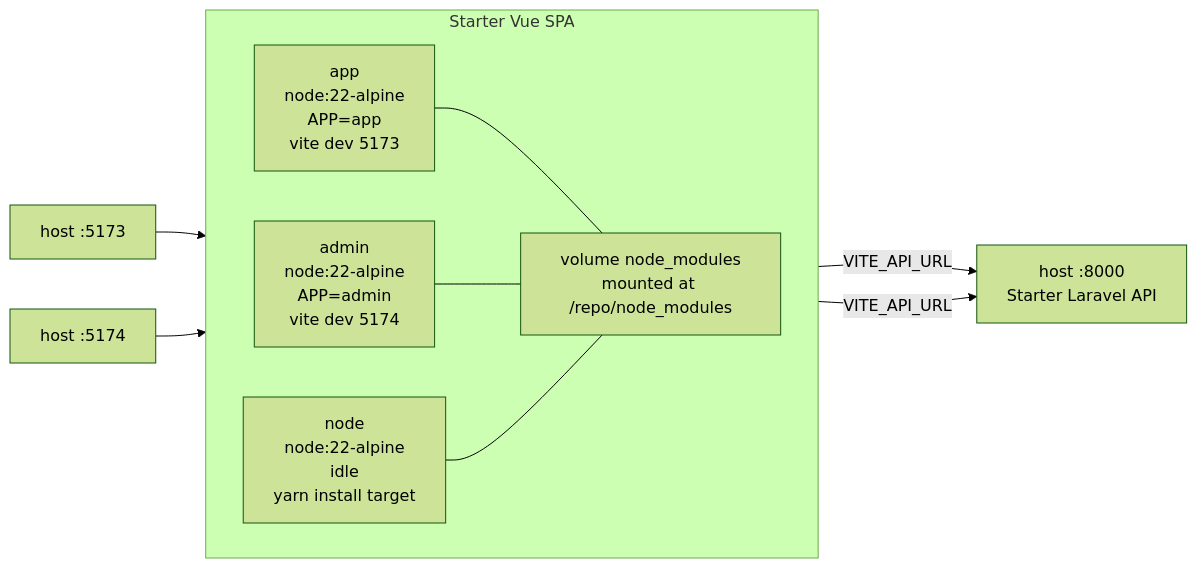
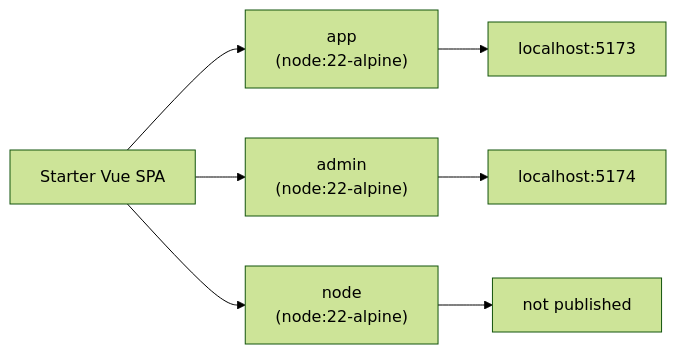
The second of 3 diagrams in docs/setup/DockerSetup.md (websanova/starter-flows), drawn with Mermaid (forest theme) before and after one commit. The commit also changed other lines of this file, not shown here.

Commit message:
Update docker mermaid diagrams and remove todos.

````diff
--- a/docs/setup/DockerSetup.md
+++ b/docs/setup/DockerSetup.md
@@ -109,17 +107,10 @@
 ```mermaid
 flowchart LR
-    subgraph SPA["Starter Vue SPA"]
-        direction LR
-        APP["app<br/>node:22-alpine<br/>APP=app<br/>vite dev 5173"]
-        ADMIN["admin<br/>node:22-alpine<br/>APP=admin<br/>vite dev 5174"]
-        NODE["node<br/>node:22-alpine<br/>idle<br/>yarn install target"]
-        VOL["volume node_modules<br/>mounted at /repo/node_modules"]
-    end
-    H4["host :5173"] --> APP
-    H5["host :5174"] --> ADMIN
-    APP --- VOL
-    ADMIN --- VOL
-    NODE --- VOL
-    APP -->|"VITE_API_URL"| EXT["host :8000<br/>Starter Laravel API"]
-    ADMIN -->|"VITE_API_URL"| EXT
+    SPA["Starter Vue SPA"] --> APP["app<br/>(node:22-alpine)"]
+    SPA --> ADMIN["admin<br/>(node:22-alpine)"]
+    SPA --> NODE["node<br/>(node:22-alpine)"]
+
+    APP --> APP_P["localhost:5173"]
+    ADMIN --> ADMIN_P["localhost:5174"]
+    NODE --> NODE_P["not published"]
 ```
````
